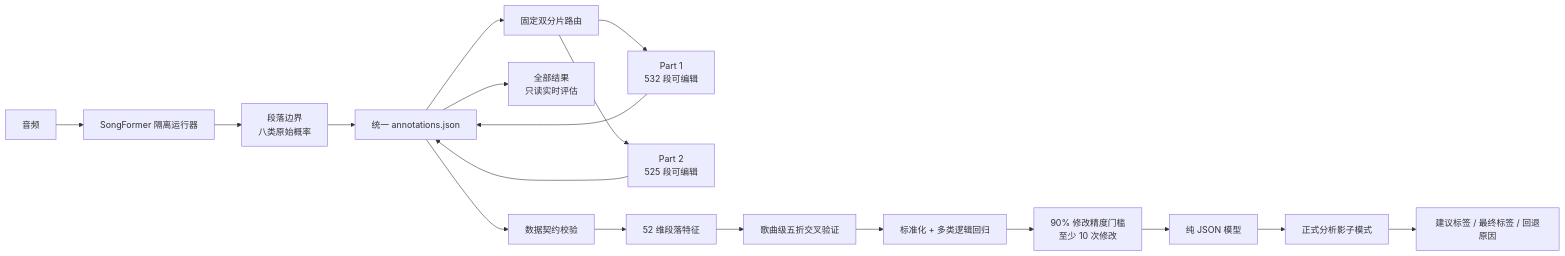
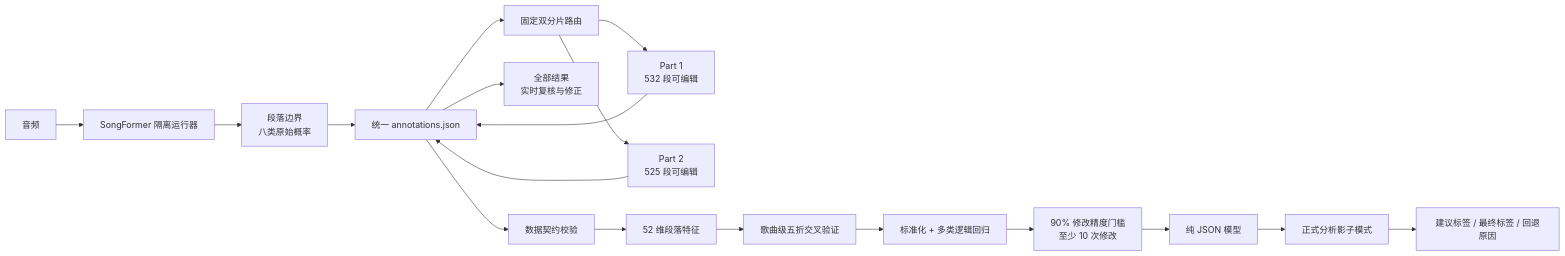
One commit to jihaobi123/harbeat-client changed the diagram in docs/songformer_section_relabeler_architecture.md. Above: the diagram before and after it, drawn with Mermaid. The commit also changed other lines of this file and 5 other files, not shown here.

````diff
--- a/docs/songformer_section_relabeler_architecture.md
+++ b/docs/songformer_section_relabeler_architecture.md
@@ -14,22 +14,22 @@
 ```mermaid
 flowchart LR
     A[音频] --> B[SongFormer 隔离运行器]
     B --> C[段落边界<br/>八类原始概率]
     C --> D[统一 annotations.json]
 
     D --> P[固定双分片路由]
     P --> P1[Part 1<br/>532 段可编辑]
     P --> P2[Part 2<br/>525 段可编辑]
-    D --> R[全部结果<br/>只读实时评估]
+    D --> R[全部结果<br/>实时复核与修正]
     P1 --> D
     P2 --> D
 
     D --> V[数据契约校验]
     V --> F[52 维段落特征]
     F --> CV[歌曲级五折交叉验证]
     CV --> LR[标准化 + 多类逻辑回归]
     LR --> G[90% 修改精度门槛<br/>至少 10 次修改]
     G --> J[纯 JSON 模型]
     J --> S[正式分析影子模式]
     S --> O[建议标签 / 最终标签 / 回退原因]
 ```
````
